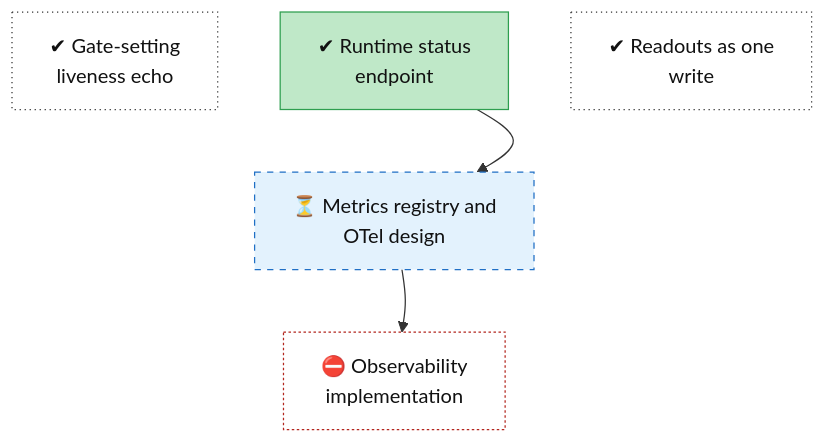
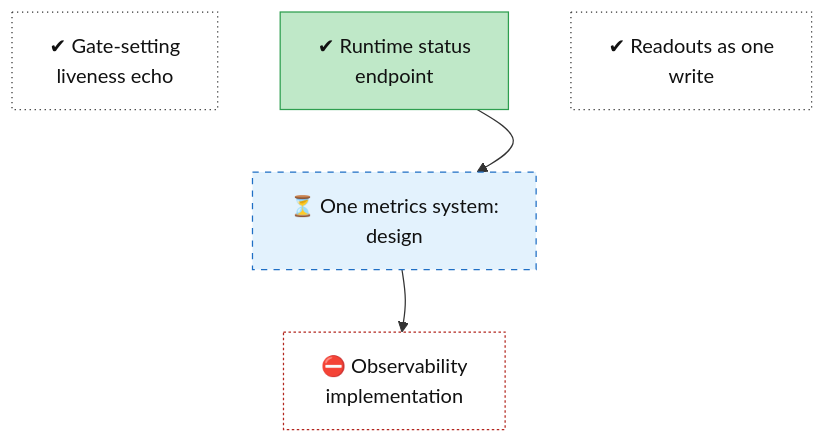
One commit to lhns/raptorpath changed the diagram in docs/roadmap/tracks/obs.md. Above: the diagram before and after it, drawn with Mermaid. The commit also changed other lines of this file and 15 other files, not shown here.

First line of the commit message:
roadmap: titles and plain sentences from the re-check

````diff
--- a/docs/roadmap/tracks/obs.md
+++ b/docs/roadmap/tracks/obs.md
@@ -10,31 +10,31 @@
 ```mermaid
 flowchart TB
     obs_status_endpoint["✔ Runtime status<br/>endpoint"]
     obs_gates_echo["✔ Gate-setting<br/>liveness echo"]
     obs_readout_macro["✔ Readouts as one<br/>write"]
-    obs_otel_design["⏳ Metrics registry and<br/>OTel design"]
+    obs_otel_design["⏳ One metrics system:<br/>design"]
     obs_impl["⛔ Observability<br/>implementation"]
     obs_status_endpoint ~~~ obs_otel_design
     obs_gates_echo ~~~ obs_otel_design
     obs_readout_macro ~~~ obs_otel_design
     obs_otel_design ~~~ obs_impl
     obs_status_endpoint --> obs_otel_design
     obs_otel_design --> obs_impl
     classDef vsucc fill:#2e9e4f,stroke:#1b6b34,color:#fff
     classDef succ fill:#bfe8c8,stroke:#2e9e4f,color:#111
     classDef mixed fill:#ffd37a,stroke:#c98a00,color:#111
     classDef bad fill:#f28b82,stroke:#b3261e,color:#111
     classDef dead fill:#e6e6e6,stroke:#777,stroke-dasharray:5 5,color:#555
     classDef inprog fill:#a8cdf5,stroke:#1f6fc5,color:#111
     classDef next fill:#fff,stroke:#333,color:#111
     classDef blocked fill:#fff,stroke:#b3261e,stroke-dasharray:2 2,color:#111
     classDef parked fill:#f3f3f3,stroke:#999,color:#555
     classDef unrated fill:#fff,stroke:#333,stroke-dasharray:1 3,color:#111
     classDef userdec fill:#d9c2f0,stroke:#7b3fb5,color:#111
     classDef defect fill:#ffe0b2,stroke:#d84315,stroke-width:2px,color:#111
     classDef waiting fill:#e3f2fd,stroke:#1f6fc5,stroke-dasharray:5 5,color:#111
     class obs_status_endpoint succ
     class obs_gates_echo,obs_readout_macro unrated
     class obs_otel_design waiting
     class obs_impl blocked
 ```
````
